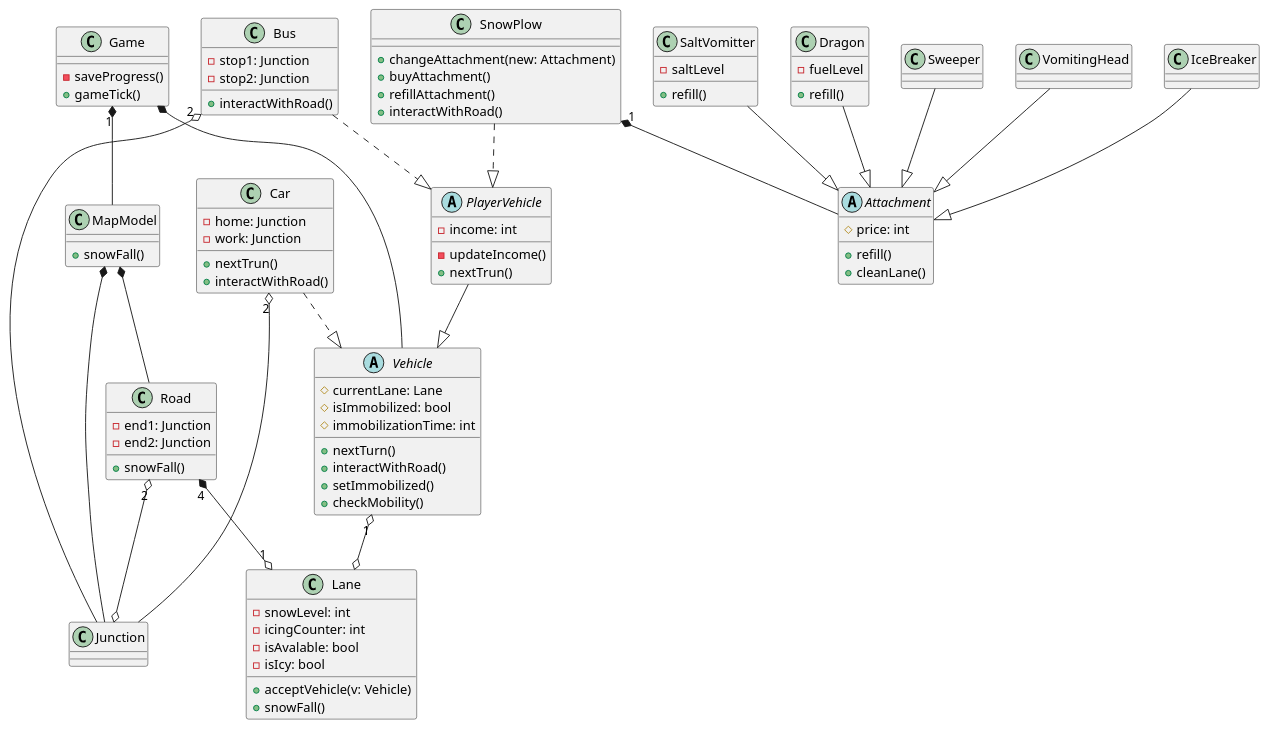
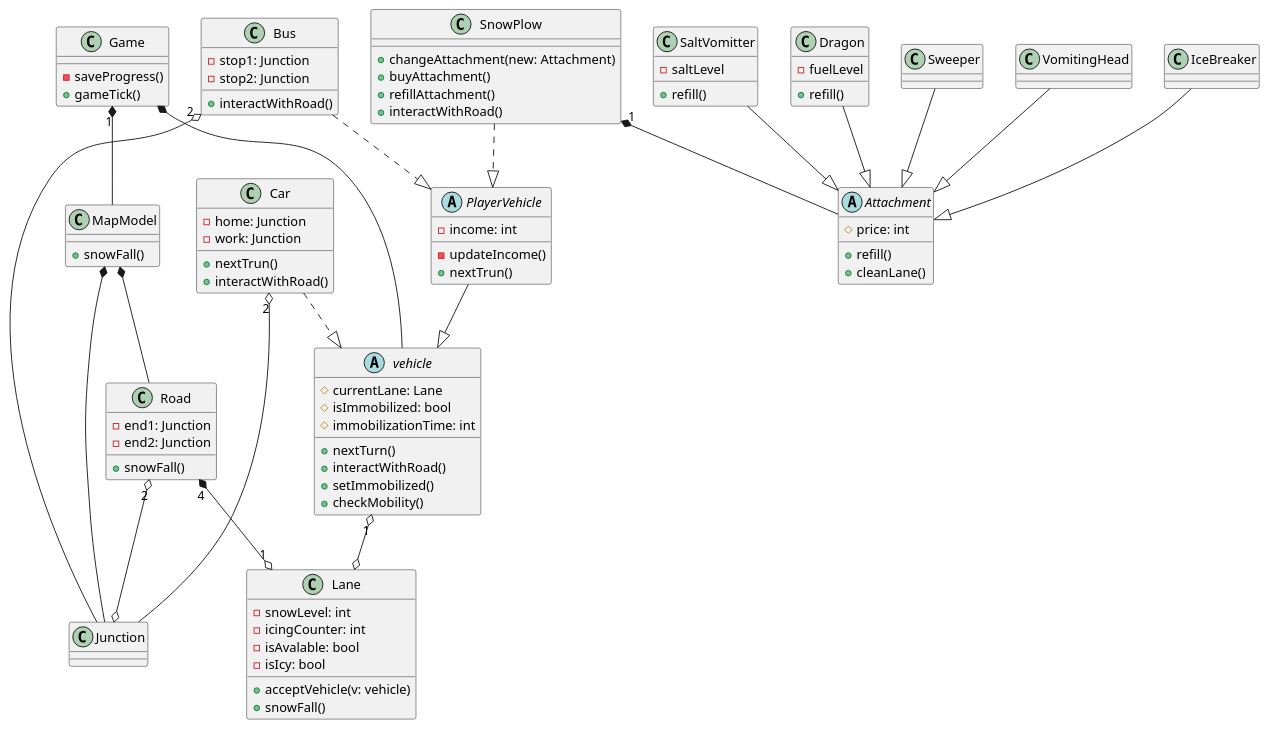
One commit to toth-andor/UneNotteANapoli changed the diagram in docs/03/diagrams/class-diagram.puml. Above: the diagram before and after it, drawn with PlantUML. The commit also changed 173 other files, not shown here.

```diff
--- a/docs/03/diagrams/class-diagram.puml
+++ b/docs/03/diagrams/class-diagram.puml
@@ -1,123 +1,123 @@
 @startuml class-diagram
 
 
-abstract Vehicle {
+abstract vehicle {
   # currentLane: Lane
   # isImmobilized: bool
   # immobilizationTime: int
 
   + nextTurn()
   + interactWithRoad()
   + setImmobilized()
   + checkMobility()
 }
 
 abstract PlayerVehicle {
     - income: int
     - updateIncome()
     + nextTrun()
 }
 
 class Bus {
   - stop1: Junction
   - stop2: Junction
   + interactWithRoad()
 }
 
 class SnowPlow {
   + changeAttachment(new: Attachment)
   + buyAttachment()
   + refillAttachment()
   + interactWithRoad()
 }
 
 class Car {
   - home: Junction
   - work: Junction
   + nextTrun()
   + interactWithRoad()
 }
 
 abstract Attachment {
   # price: int
 
   + refill()
   + cleanLane()
   
 }
 
 class Dragon {
   - fuelLevel
   + refill()
 }
 class Sweeper
 class VomitingHead
 class IceBreaker
 class SaltVomitter {
   - saltLevel
   + refill()
 }
 
 
 class Road {
   - end1: Junction
   - end2: Junction
   + snowFall()
 }
 
 class Lane {
   - snowLevel: int
   - icingCounter: int
   - isAvalable: bool
   - isIcy: bool
-  + acceptVehicle(v: Vehicle)
+  + acceptVehicle(v: vehicle)
   + snowFall()
   
 }
 
 class Junction
 
 class MapModel {
   + snowFall()
 }
 
 class Game {
   - saveProgress()
   + gameTick()
 }
 
 
 Road "4"*--o "1" Lane 
 
 
 
-PlayerVehicle --|> Vehicle
+PlayerVehicle --|> vehicle
 Bus ..|> PlayerVehicle 
 SnowPlow ..|> PlayerVehicle
-Car ..|> Vehicle
+Car ..|> vehicle
 
 Dragon --|> Attachment
 Sweeper --|> Attachment
 VomitingHead --|> Attachment
 IceBreaker --|> Attachment
 SaltVomitter --|> Attachment
 
 SnowPlow "1"*-- Attachment
 
 
 Road "2" o--o Junction
 
 MapModel *-- Road
 MapModel *-- Junction
 
 Game "1"*-- MapModel
-Game *-- Vehicle
+Game *-- vehicle
 
-Vehicle "1" o--o Lane
+vehicle "1" o--o Lane
 
 Bus "2" o-- Junction
 Car "2" o-- Junction
 
 
 
 @enduml
```
